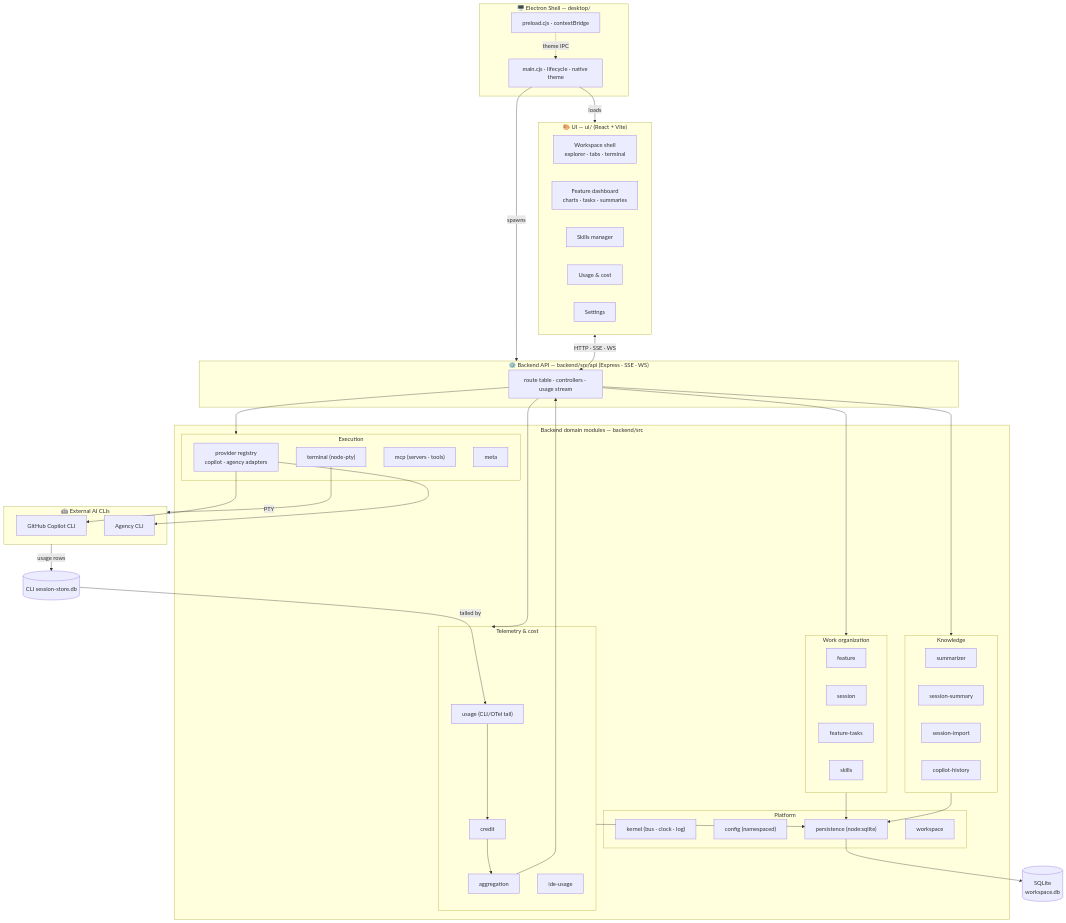
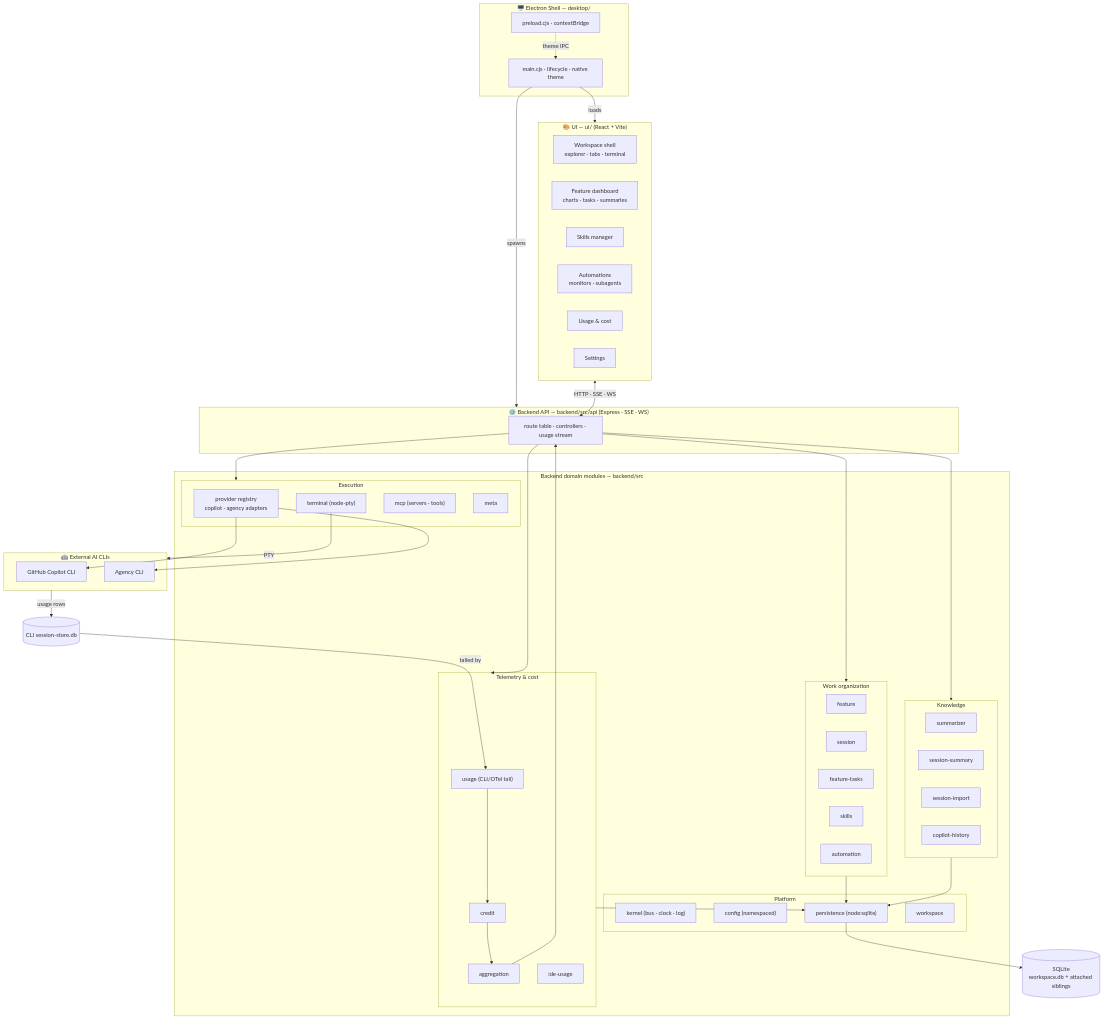
One commit to sourabh1007/ai-project-studio changed the diagram in README.md. Above: the diagram before and after it, drawn with Mermaid. The commit also changed other lines of this file and 196 other files, not shown here.

First line of the commit message:
Release v0.9.0: PR review diff/graph fix, editable prompts, UI modernization

````diff
--- a/README.md
+++ b/README.md
@@ -15,73 +15,75 @@
 ```mermaid
 flowchart TB
     subgraph Desktop["🖥️ Electron Shell — desktop/"]
         Main["main.cjs · lifecycle · native theme"]
         Preload["preload.cjs · contextBridge"]
     end
 
     subgraph UI["🎨 UI — ui/  (React + Vite)"]
         Workspace["Workspace shell<br/>explorer · tabs · terminal"]
         FeatDash["Feature dashboard<br/>charts · tasks · summaries"]
         SkillsUI["Skills manager"]
+        AutomationsUI["Automations<br/>monitors · subagents"]
         UsageUI["Usage & cost"]
         SettingsUI["Settings"]
     end
 
     subgraph API["⚙️ Backend API — backend/src/api  (Express · SSE · WS)"]
         Routes["route table · controllers · usage stream"]
     end
 
     subgraph Domain["Backend domain modules — backend/src"]
         subgraph Org["Work organization"]
             feature["feature"]
             session["session"]
             tasks["feature-tasks"]
             skills["skills"]
+            automation["automation"]
         end
         subgraph Exec["Execution"]
             provider["provider registry<br/>copilot · agency adapters"]
             terminal["terminal (node-pty)"]
             mcp["mcp (servers · tools)"]
             meta["meta"]
         end
         subgraph Tel["Telemetry & cost"]
             usage["usage (CLI/OTel tail)"]
             credit["credit"]
             aggregation["aggregation"]
             ideUsage["ide-usage"]
         end
         subgraph Know["Knowledge"]
             summarizer["summarizer"]
             sessionSummary["session-summary"]
             sessionImport["session-import"]
             copilotHistory["copilot-history"]
         end
         subgraph Plat["Platform"]
             kernel["kernel (bus · clock · log)"]
             config["config (namespaced)"]
             persistence["persistence (node:sqlite)"]
             workspaceMod["workspace"]
         end
     end
 
     subgraph CLIs["🤖 External AI CLIs"]
         Copilot["GitHub Copilot CLI"]
         Agency["Agency CLI"]
     end
 
-    DB[("SQLite<br/>workspace.db")]
+    DB[("SQLite<br/>workspace.db + attached siblings")]
     CliDB[("CLI session-store.db")]
 
     Main -- spawns --> API
     Main -- loads --> UI
     UI <-- "HTTP · SSE · WS" --> Routes
     Preload -. "theme IPC" .-> Main
 
     Routes --> Org & Exec & Tel & Know
     provider --> Copilot & Agency
     terminal -- PTY --> CLIs
     CLIs -- usage rows --> CliDB
     CliDB -- tailed by --> usage
     usage --> credit --> aggregation --> Routes
     Org & Tel & Know --> persistence --> DB
 ```
````
